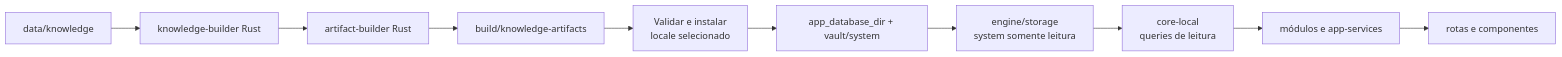
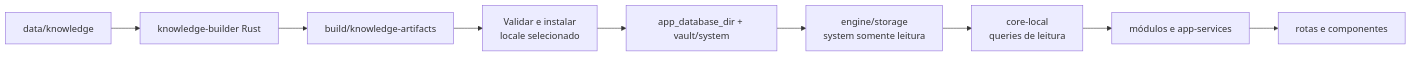
Before and after one commit to migmoroni/veterinary-clinic: the diagram in docs/plans/hub-server/01c-app-system-consumption.md, drawn with Mermaid. The commit also changed other lines of this file and 9 other files, not shown here.

````diff
--- a/docs/plans/hub-server/01c-app-system-consumption.md
+++ b/docs/plans/hub-server/01c-app-system-consumption.md
@@ -79,12 +81,11 @@
 ```mermaid
 flowchart LR
     DATA["data/knowledge"] --> BUILDER["knowledge-builder Rust"]
-    BUILDER --> ARTIFACTS["artifact-builder Rust"]
-    ARTIFACTS --> OUTPUT["build/knowledge-artifacts"]
+    BUILDER --> OUTPUT["build/knowledge-artifacts"]
     OUTPUT --> PREPARE["Validar e instalar<br/>locale selecionado"]
     PREPARE --> ACTIVE["app_database_dir + vault/system"]
     ACTIVE --> ENGINE["engine/storage<br/>system somente leitura"]
     ENGINE --> CORE["core-local<br/>queries de leitura"]
     CORE --> MODULES["módulos e app-services"]
     MODULES --> ROUTES["rotas e componentes"]
 ```
````
